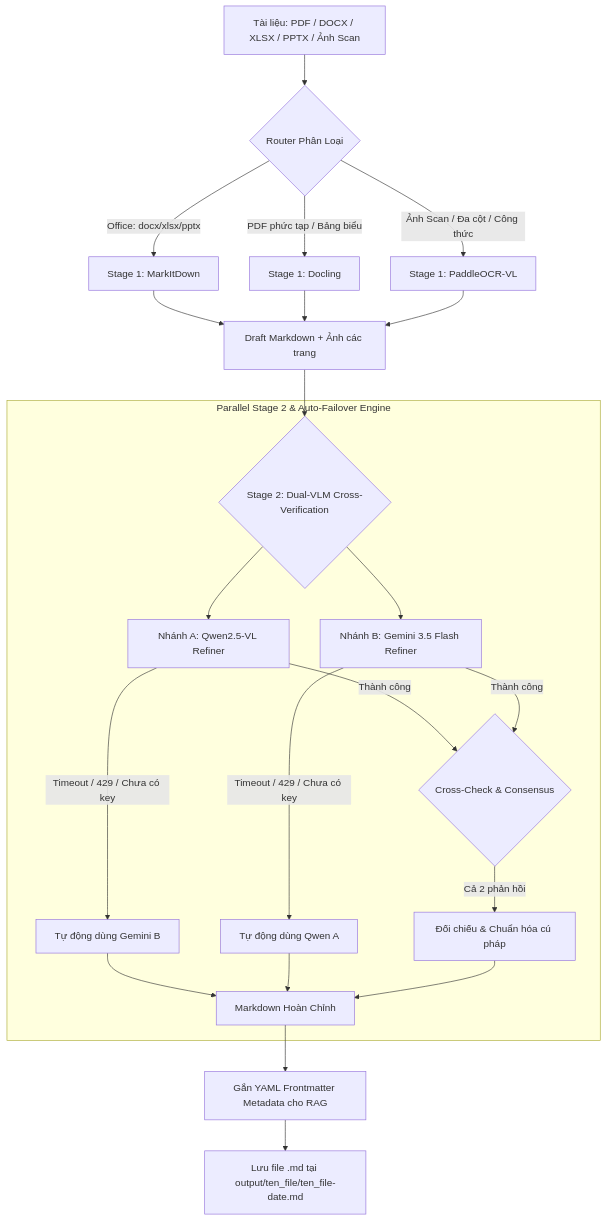
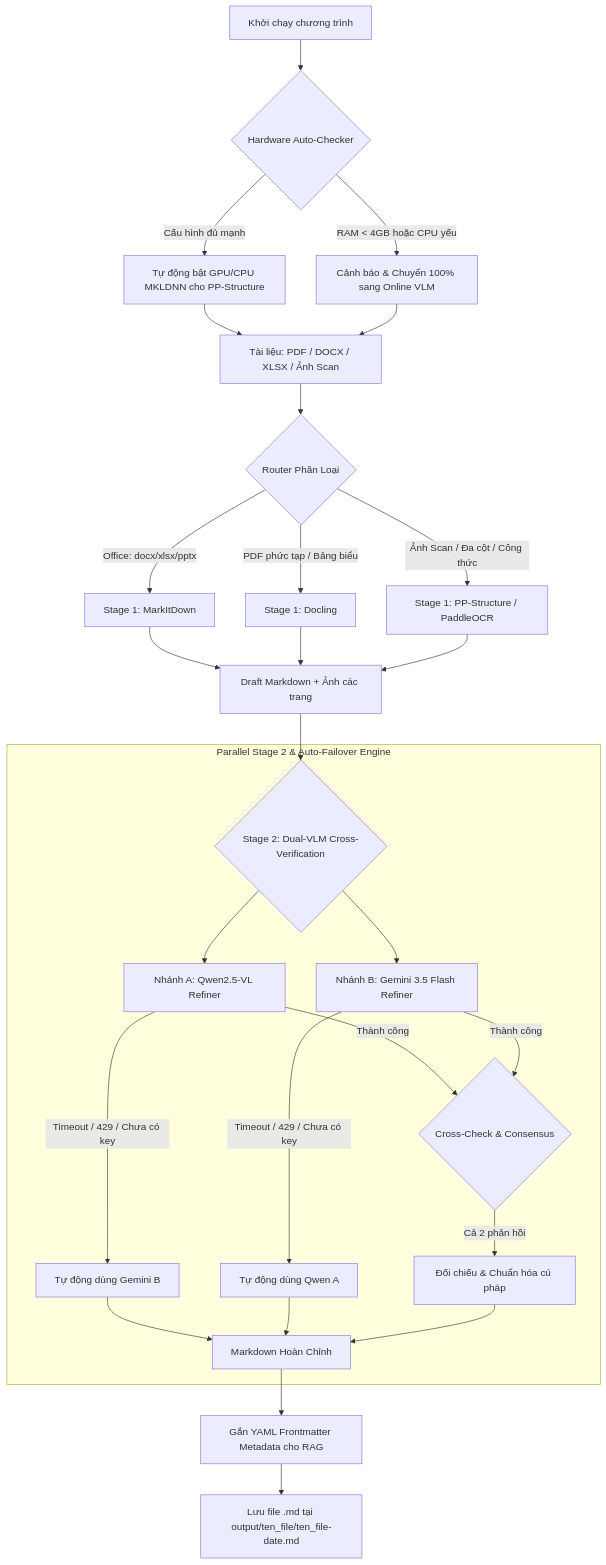
One commit to nmploc/personal-doc-crawler changed the diagram in README.md. Above: the diagram before and after it, drawn with Mermaid. The commit also changed other lines of this file and 4 other files, not shown here.

Commit message:
feat: integrate PP-Structure layout/table OCR with hardware auto-profiling and weak machine fallback

````diff
--- a/README.md
+++ b/README.md
@@ -20,33 +21,39 @@
 ```mermaid
 flowchart TD
-    A[Tài liệu: PDF / DOCX / XLSX / PPTX / Ảnh Scan] --> B{Router Phân Loại}
+    A[Khởi chạy chương trình] --> B{Hardware Auto-Checker}
+    B -->|RAM < 4GB hoặc CPU yếu| C[Cảnh báo & Chuyển 100% sang Online VLM]
+    B -->|Cấu hình đủ mạnh| D[Tự động bật GPU/CPU MKLDNN cho PP-Structure]
     
-    B -->|Office: docx/xlsx/pptx| C[Stage 1: MarkItDown]
-    B -->|PDF phức tạp / Bảng biểu| D[Stage 1: Docling]
-    B -->|Ảnh Scan / Đa cột / Công thức| E[Stage 1: PaddleOCR-VL]
+    D --> E[Tài liệu: PDF / DOCX / XLSX / Ảnh Scan]
+    C --> E
     
-    C --> F[Draft Markdown + Ảnh các trang]
-    D --> F
-    E --> F
+    E --> F{Router Phân Loại}
+    F -->|Office: docx/xlsx/pptx| G[Stage 1: MarkItDown]
+    F -->|PDF phức tạp / Bảng biểu| H[Stage 1: Docling]
+    F -->|Ảnh Scan / Đa cột / Công thức| I[Stage 1: PP-Structure / PaddleOCR]
     
-    F --> G{Stage 2: Dual-VLM Cross-Verification}
+    G --> J[Draft Markdown + Ảnh các trang]
+    H --> J
+    I --> J
+    
+    J --> K{Stage 2: Dual-VLM Cross-Verification}
     
     subgraph Parallel Stage 2 & Auto-Failover Engine
-        G --> H[Nhánh A: Qwen2.5-VL Refiner]
-        G --> I[Nhánh B: Gemini 3.5 Flash Refiner]
+        K --> L[Nhánh A: Qwen2.5-VL Refiner]
+        K --> M[Nhánh B: Gemini 3.5 Flash Refiner]
         
-        H -->|Thành công| J{Cross-Check & Consensus}
-        H -->|Timeout / 429 / Chưa có key| K[Tự động dùng Gemini B]
+        L -->|Thành công| N{Cross-Check & Consensus}
+        L -->|Timeout / 429 / Chưa có key| O[Tự động dùng Gemini B]
         
-        I -->|Thành công| J
-        I -->|Timeout / 429 / Chưa có key| L[Tự động dùng Qwen A]
+        M -->|Thành công| N
+        M -->|Timeout / 429 / Chưa có key| P[Tự động dùng Qwen A]
         
-        J -->|Cả 2 phản hồi| M[Đối chiếu & Chuẩn hóa cú pháp]
-        K --> N[Markdown Hoàn Chỉnh]
-        L --> N
-        M --> N
+        N -->|Cả 2 phản hồi| Q[Đối chiếu & Chuẩn hóa cú pháp]
+        O --> R[Markdown Hoàn Chỉnh]
+        P --> R
+        Q --> R
     end
     
-    N --> O[Gắn YAML Frontmatter Metadata cho RAG]
-    O --> P[Lưu file .md tại output/ten_file/ten_file-date.md]
+    R --> S[Gắn YAML Frontmatter Metadata cho RAG]
+    S --> T[Lưu file .md tại output/ten_file/ten_file-date.md]
 ```
````
